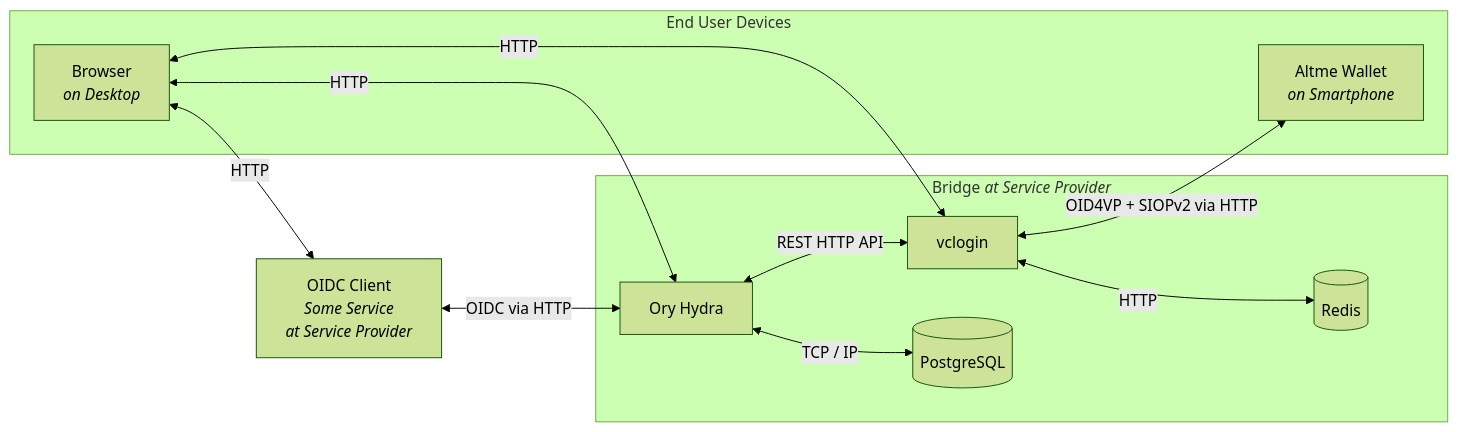
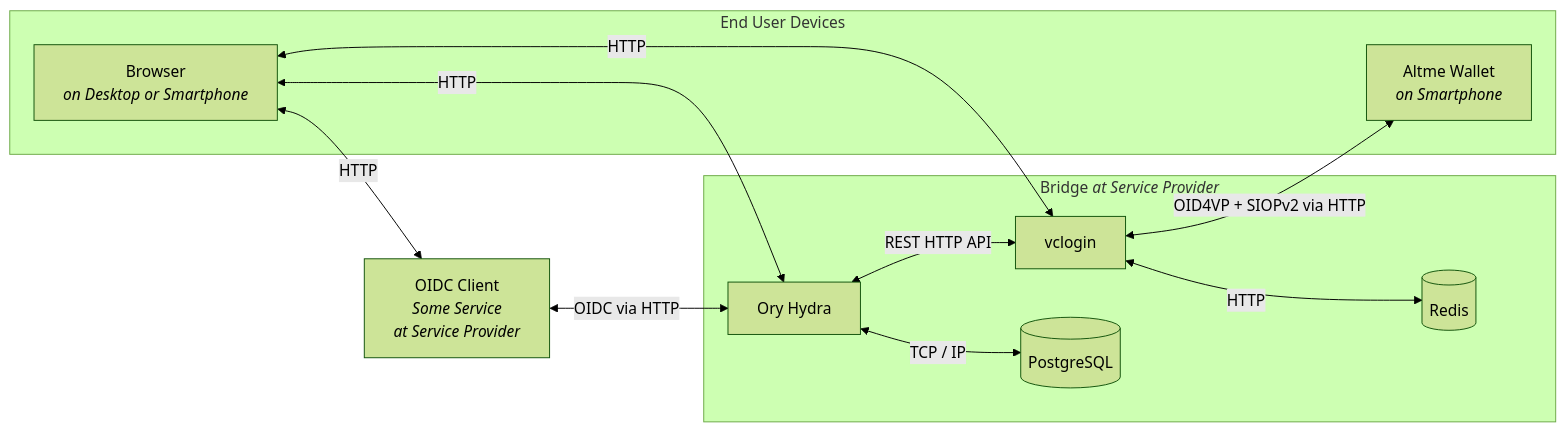
Before and after one commit to GAIA-X4PLC-AAD/ssi-to-oidc-bridge: the first of 3 diagrams in README.md, drawn with Mermaid (forest theme). The commit also changed other lines of this file and 51 other files, not shown here.

````diff
--- a/README.md
+++ b/README.md
@@ -53,17 +58,17 @@
 ```mermaid
 graph LR
     client[OIDC Client<br><i>Some Service<br>at Service Provider</i>] <-- OIDC via HTTP --> Hydra[Ory Hydra]
     subgraph bridge[Bridge <i>at Service Provider</i>]
     Hydra <-- REST HTTP API --> vclogin
     Hydra <-- TCP / IP --> postgres[(PostgreSQL)]
     vclogin <-- HTTP --> redis[(Redis)]
     end
     vclogin <-- OID4VP + SIOPv2 via HTTP --> altme[Altme Wallet<br><i>on Smartphone</i>]
     subgraph home[End User Devices]
-    browser[Browser<br><i>on Desktop</i>]
+    browser[Browser<br><i>on Desktop or Smartphone</i>]
     altme
     end
     browser <-- HTTP --> client
     browser <-- HTTP --> Hydra
     browser <-- HTTP --> vclogin
 ```
````
